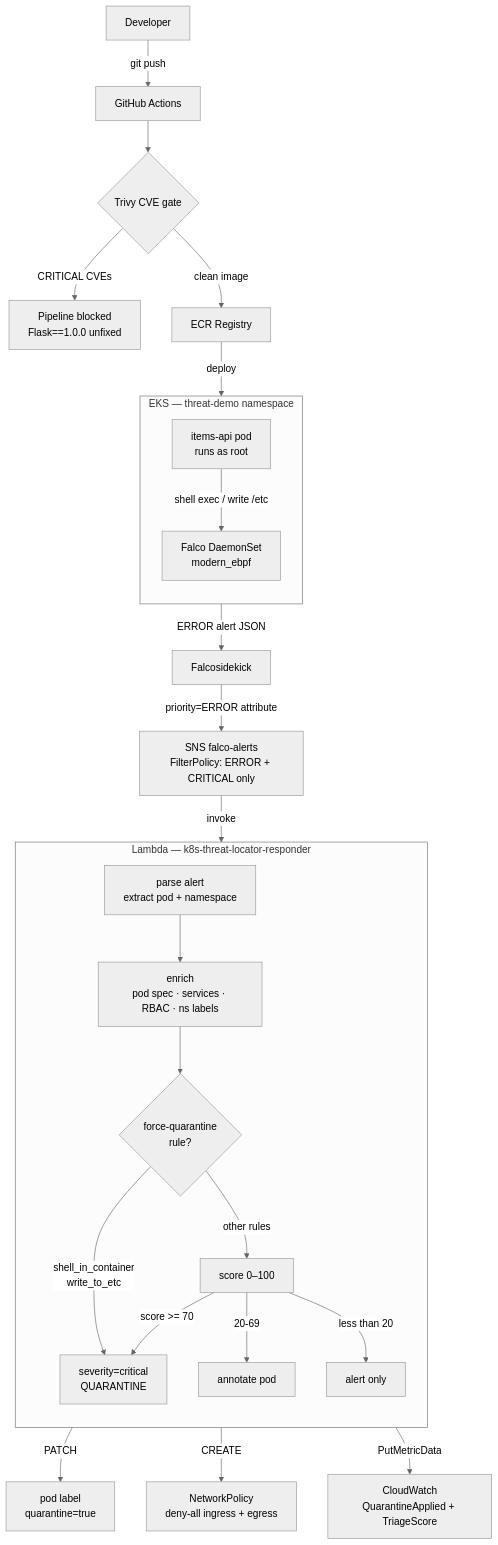
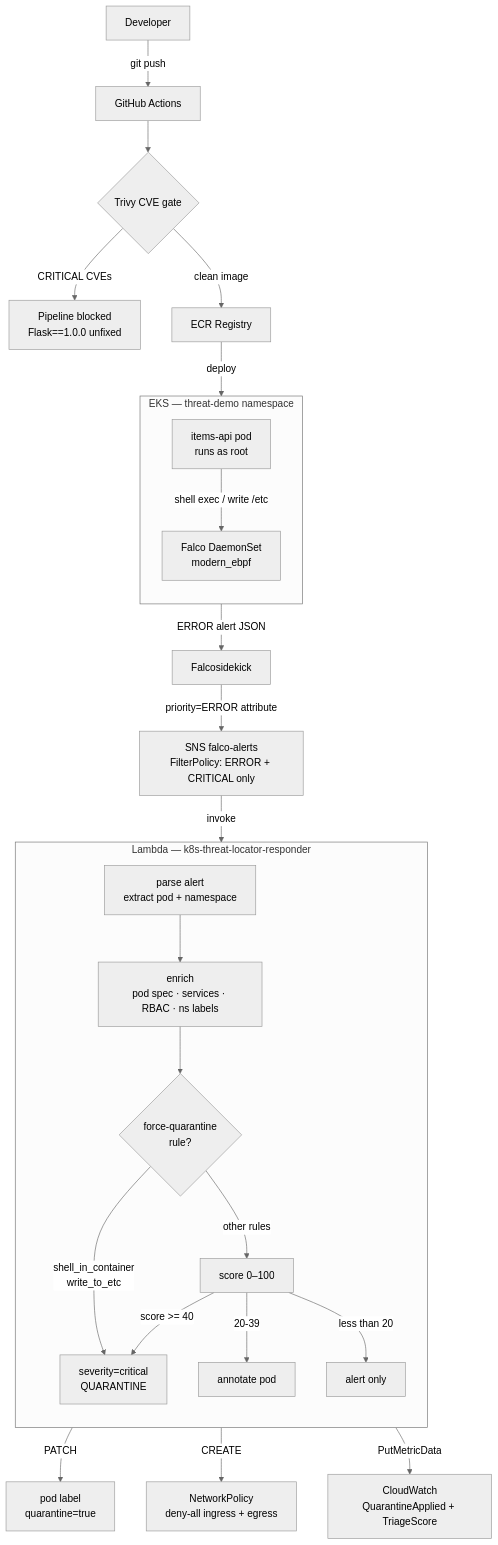
Before and after one commit to logtailer/k8s-threat-locator: the diagram in README.md, drawn with Mermaid (neutral theme). The commit also changed other lines of this file and 1 other file, not shown here.

````diff
--- a/README.md
+++ b/README.md
@@ -39,37 +39,37 @@
 ```mermaid
 flowchart TD
     DEV[Developer] -->|git push| GH[GitHub Actions]
     GH --> TV{Trivy CVE gate}
     TV -->|CRITICAL CVEs| FAIL[Pipeline blocked\nFlask==1.0.0 unfixed]
     TV -->|clean image| ECR[ECR Registry]
     ECR -->|deploy| EKS
 
     subgraph EKS["EKS — threat-demo namespace"]
         direction TB
         APP[items-api pod\nruns as root]
         FALCO[Falco DaemonSet\nmodern_ebpf]
         APP -->|shell exec / write /etc| FALCO
     end
 
     FALCO -->|ERROR alert JSON| FSK[Falcosidekick]
     FSK -->|priority=ERROR attribute| SNS[SNS falco-alerts\nFilterPolicy: ERROR + CRITICAL only]
     SNS -->|invoke| LAMBDA
 
     subgraph LAMBDA["Lambda — k8s-threat-locator-responder"]
         direction TB
         PARSE[parse alert\nextract pod + namespace]
         ENRICH[enrich\npod spec · services · RBAC · ns labels]
         FORCE{force-quarantine\nrule?}
         SCORE[score  0–100]
         PARSE --> ENRICH --> FORCE
         FORCE -->|shell_in_container\nwrite_to_etc| CRIT[severity=critical\nQUARANTINE]
         FORCE -->|other rules| SCORE
-        SCORE -->|score >= 70| CRIT
-        SCORE -->|20-69| ANN[annotate pod]
+        SCORE -->|score >= 40| CRIT
+        SCORE -->|20-39| ANN[annotate pod]
         SCORE -->|less than 20| AONLY[alert only]
     end
 
     CRIT -->|PATCH| LABEL[pod label\nquarantine=true]
     CRIT -->|CREATE| NP[NetworkPolicy\ndeny-all ingress + egress]
     CRIT -->|PutMetricData| CW[CloudWatch\nQuarantineApplied + TriageScore]
 ```
````
